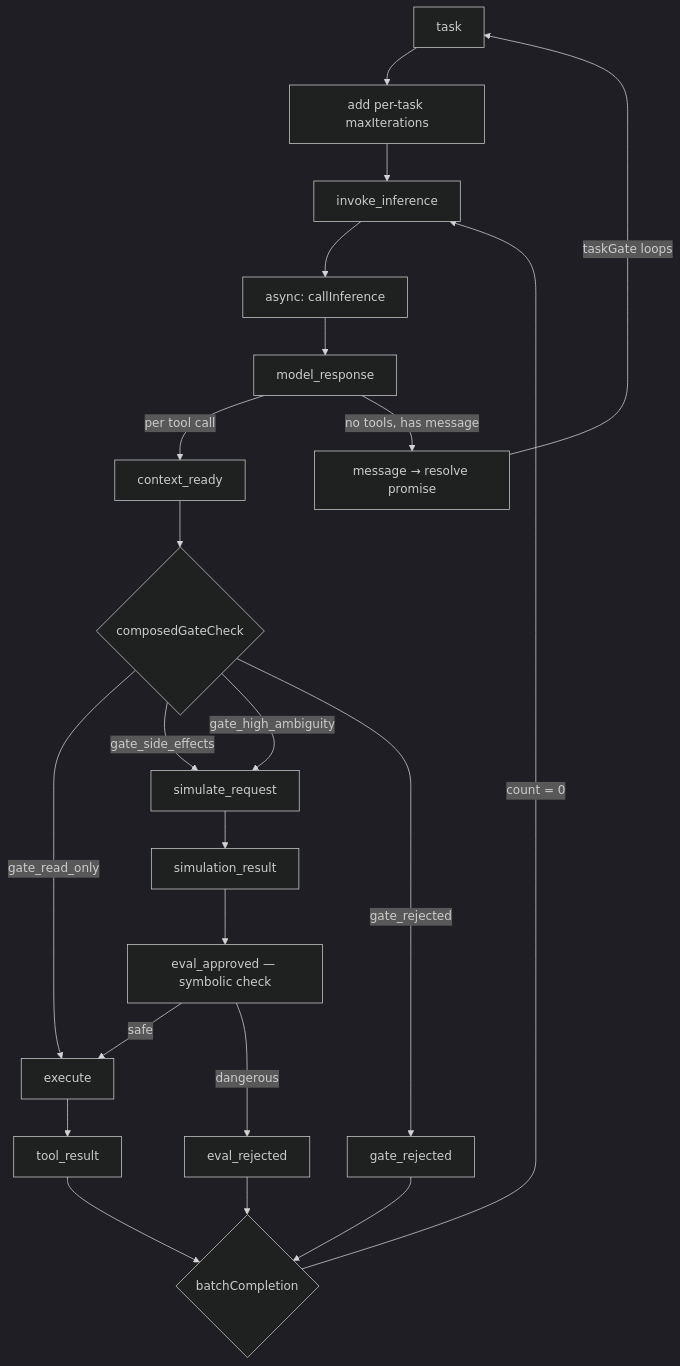
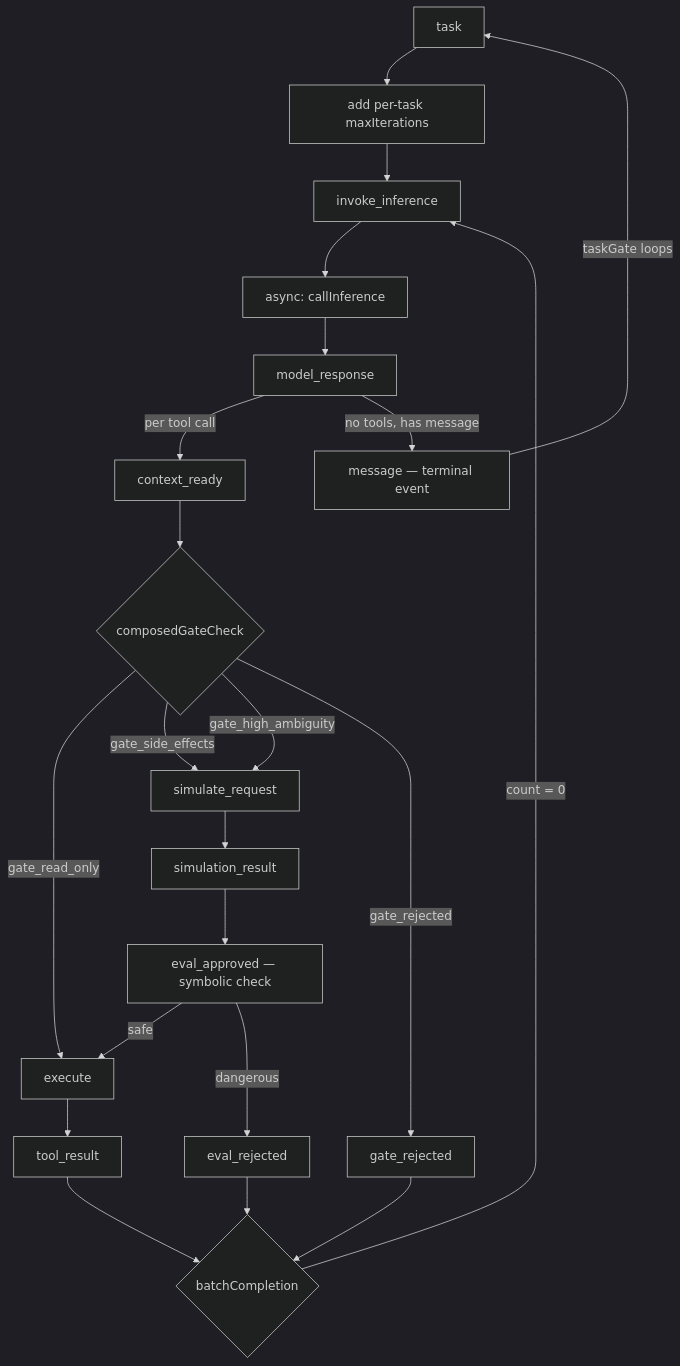
One commit to plaited/plaited changed the diagram in .claude/skills/agent-build/SKILL.md. Above: the diagram before and after it, drawn with Mermaid (dark theme). The commit also changed other lines of this file and 10 other files, not shown here.

````diff
--- a/.claude/skills/agent-build/SKILL.md
+++ b/.claude/skills/agent-build/SKILL.md
@@ -31,24 +31,24 @@
 ```mermaid
 graph TD
     TASK[task] --> DYN[add per-task maxIterations]
     DYN --> INV[invoke_inference]
     INV --> INF[async: callInference]
     INF --> MR[model_response]
     MR -->|per tool call| CR[context_ready]
     CR --> GATE{composedGateCheck}
     GATE -->|gate_read_only| EXEC[execute]
     GATE -->|gate_side_effects| SIM[simulate_request]
     GATE -->|gate_high_ambiguity| SIM
     GATE -->|gate_rejected| GR[gate_rejected]
     SIM --> SR[simulation_result]
     SR --> EA[eval_approved — symbolic check]
     EA -->|safe| EXEC[execute]
     EA -->|dangerous| ER[eval_rejected]
     EXEC --> TR[tool_result]
     GR --> BC{batchCompletion}
     ER --> BC
     TR --> BC
     BC -->|count = 0| INV
-    MR -->|no tools, has message| MSG[message → resolve promise]
+    MR -->|no tools, has message| MSG[message — terminal event]
     MSG -->|taskGate loops| TASK
 ```
````
